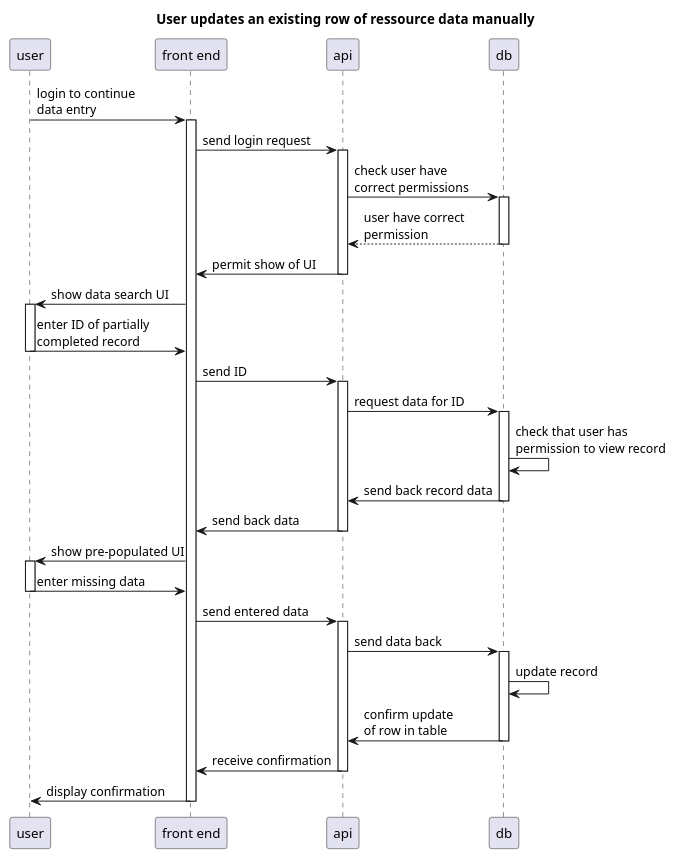
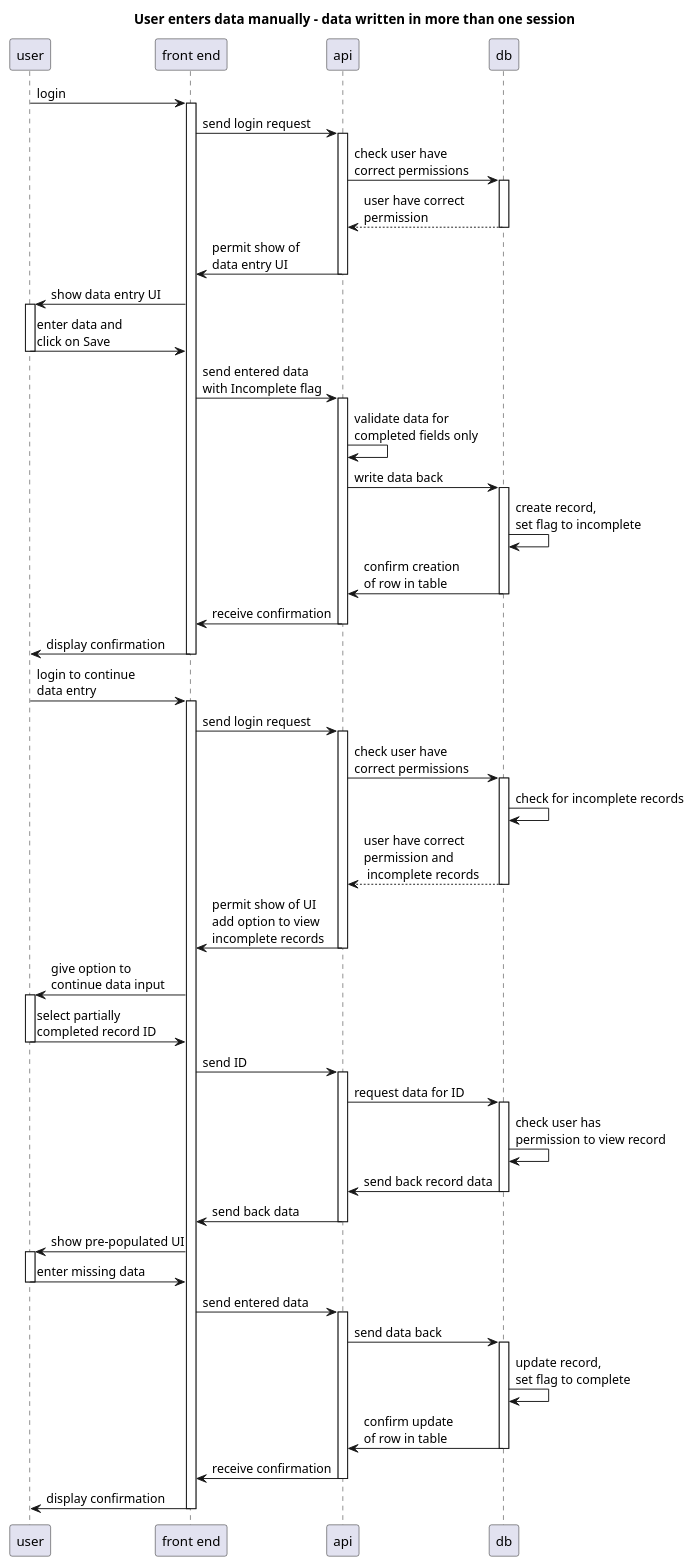
One commit to seedcase-project/seedcase-website changed the diagram in design/images/runtime_manual_data_update.puml. Above: the diagram before and after it, drawn with PlantUML. The commit also changed 3 other files, not shown here.

Commit message:
updates to diagrams and new md files

```diff
--- a/design/images/runtime_manual_data_update.puml
+++ b/design/images/runtime_manual_data_update.puml
@@ -1,30 +1,48 @@
 @startuml
 
-title : User updates an existing row of ressource data manually
+title : User enters data manually - data written in more than one session
 
 participant "user" as u
 participant "front end" as f
 participant "api" as api
 participant "db" as db
 
+u -> f ++: login
+f -> api ++: send login request
+api -> db ++: check user have \ncorrect permissions
+return user have correct \npermission
+api -> f --: permit show of  \ndata entry UI
+f -> u ++: show data entry UI
+u -> f --: enter data and \nclick on Save
+f -> api ++: send entered data \nwith Incomplete flag
+api -> api : validate data for \ncompleted fields only
+api -> db ++: write data back
+db -> db : create record, \nset flag to incomplete
+db -> api --: confirm creation \nof row in table
+api -> f --: receive confirmation
+f -> u --: display confirmation
+
 u -> f ++: login to continue \ndata entry
 f -> api ++: send login request
 api -> db ++: check user have \ncorrect permissions
-return user have correct \npermission
-api -> f --: permit show of UI
-f -> u ++: show data search UI
-u -> f --: enter ID of partially \ncompleted record
+db -> db : check for incomplete records
+return user have correct \npermission and \n incomplete records
+api -> f --: permit show of UI \nadd option to view \nincomplete records
+f -> u ++: give option to \ncontinue data input
+u -> f --: select partially \ncompleted record ID
+'u -> f : enter data
 f -> api ++: send ID
 api -> db ++: request data for ID
-db -> db : check that user has \npermission to view record
+db -> db : check user has \npermission to view record
 db -> api --: send back record data
 api -> f --: send back data
+'api -> f --: permit show of  \ndata entry UI
 f -> u ++: show pre-populated UI
 u -> f --: enter missing data
 f -> api ++: send entered data
 api -> db ++: send data back
-db -> db : update record
+db -> db : update record, \nset flag to complete
 db -> api --: confirm update \nof row in table
 api -> f --: receive confirmation
 f -> u --: display confirmation
 @enduml
```
